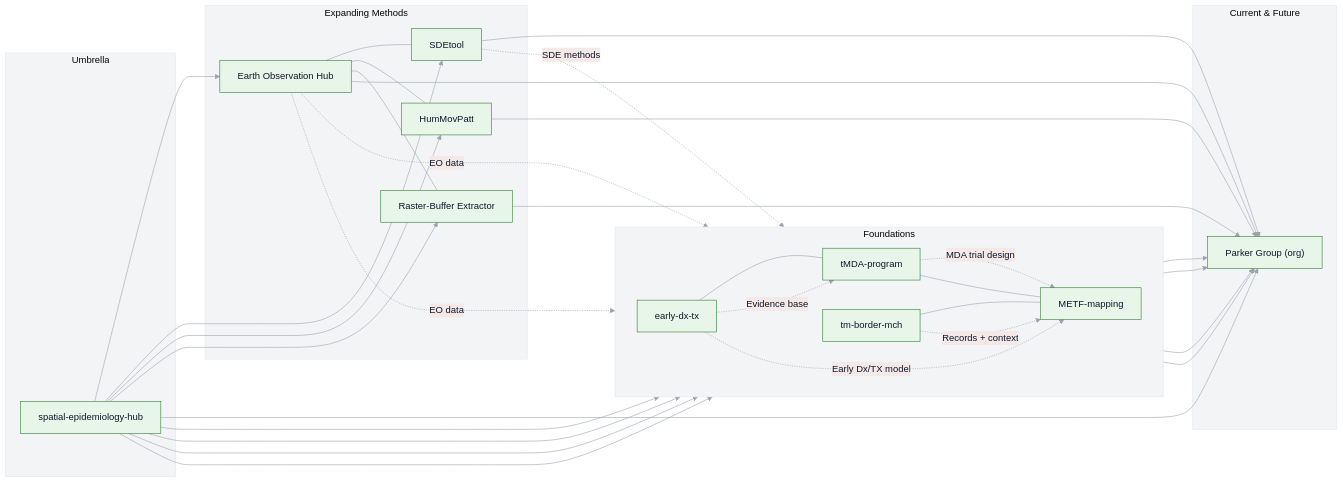
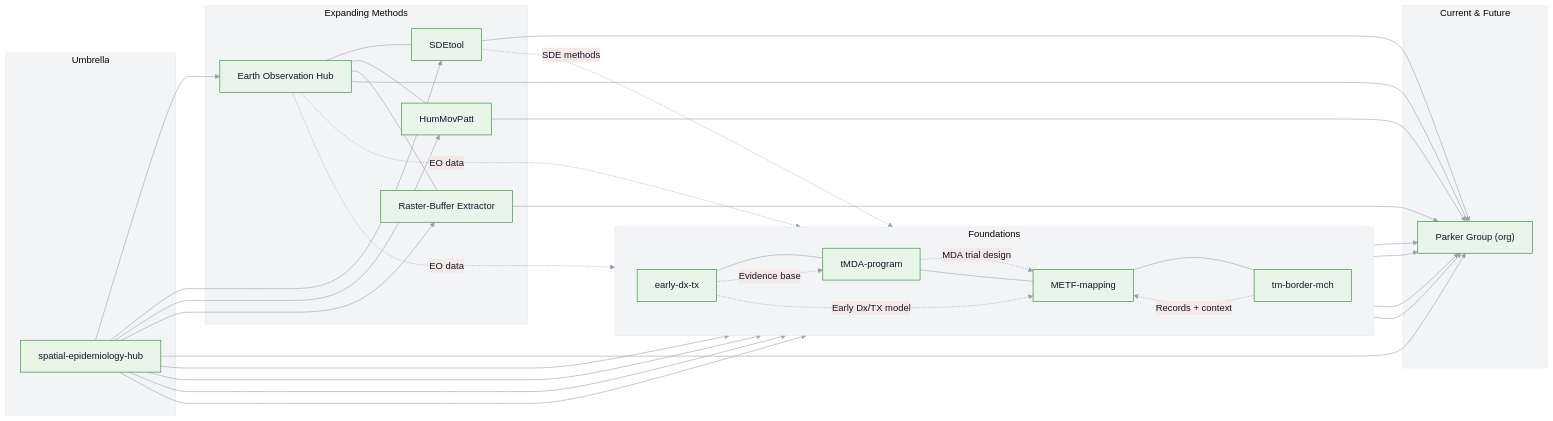
The diagram in README.md (DMParker1/spatial-epidemiology-hub), drawn with Mermaid before and after one commit.

````diff
--- a/README.md
+++ b/README.md
@@ -40,72 +40,73 @@
 ```mermaid
 %%{init: {"theme":"base","themeVariables":{
   "background":"#FAFAFA",
   "clusterBkg":"#F3F4F6",
   "clusterBorder":"#E5E7EB",
   "primaryColor":"#E8F5E9",
   "primaryBorderColor":"#2E7D32",
   "primaryTextColor":"#0F172A",
   "lineColor":"#9CA3AF"
 }}}%%
 flowchart LR
   subgraph A[Foundations]
     direction LR
     EDT["early-dx-tx"]
     tMDA["tMDA-program"]
     METF["METF-mapping"]
     MCH["tm-border-mch"]
   end
 
   subgraph B[Expanding Methods]
     EO["Earth Observation Hub"]
     SDE["SDEtool"]
     HUM["HumMovPatt"]
     RBE["Raster-Buffer Extractor"]
   end
 
   subgraph C[Umbrella]
     GIS["spatial-epidemiology-hub"]
   end
 
   subgraph D[Current & Future]
     PG["Parker Group (org)"]
   end
 
   %% umbrella links (solid)
   GIS --> METF
   GIS --> tMDA
   GIS --> EDT
   GIS --> MCH
   GIS --> EO
   GIS --> SDE
   GIS --> HUM
   GIS --> RBE
   GIS --> PG
 
   %% method/theme crosslinks (solid)
   EO --- SDE
   EO --- HUM
   EO --- RBE
   METF --- tMDA
   EDT --- tMDA
-  MCH --- METF
+  METF --- MCH
 
   %% convergence to Parker Group (solid)
   EO --> PG
   SDE --> PG
   HUM --> PG
   RBE --> PG
   METF --> PG
   tMDA --> PG
   EDT --> PG
   MCH --> PG
 
   %% historical/methodological influence (dashed with labels)
   EO -. EO data .-> METF
   EO -. EO data .-> MCH
   SDE -. SDE methods .-> MCH
   EDT -. Evidence base .-> tMDA
   tMDA -. MDA trial design .-> METF
   EDT -. Early Dx/TX model .-> METF
   MCH -. Records + context .-> METF
+
 ```
````
